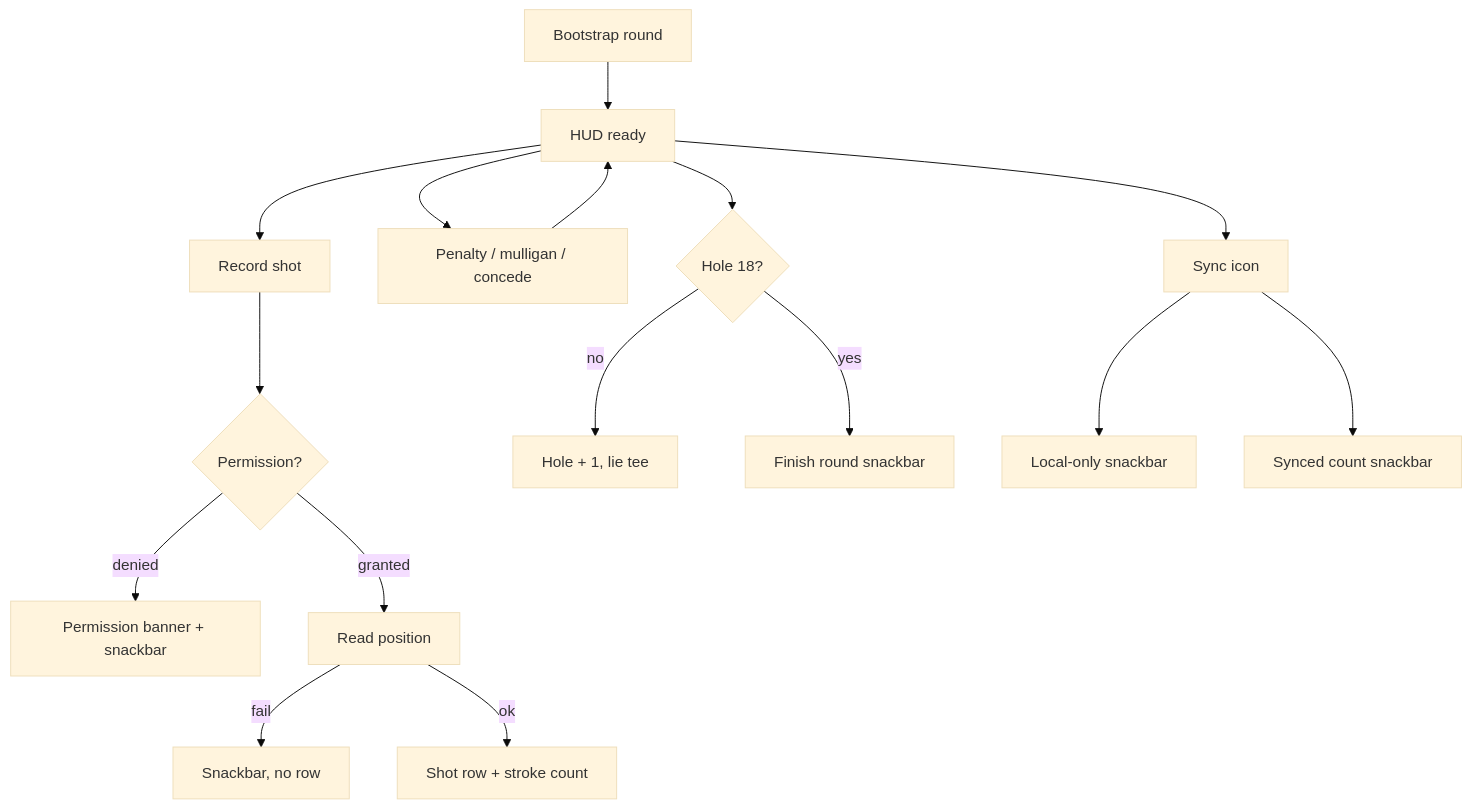
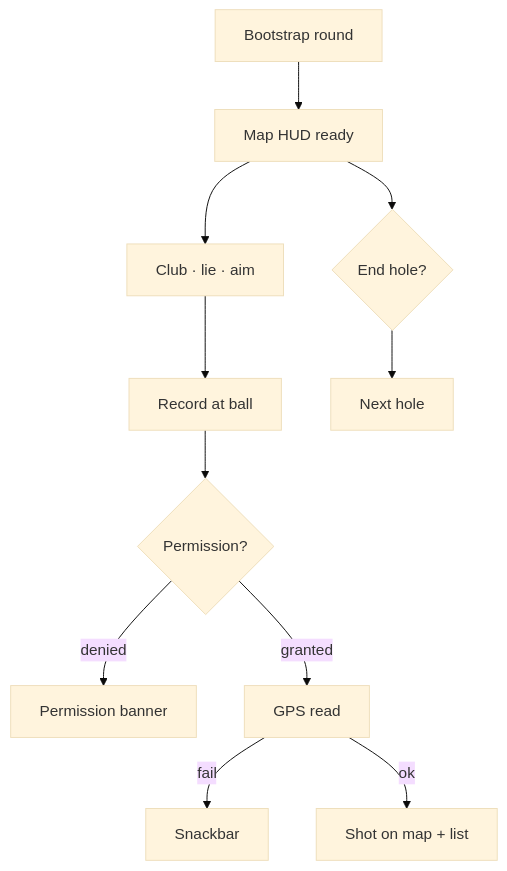
One commit to ograva/My-Golf-Diary changed the diagram in docs/context/designs/Wireframe_OnCourse.md. Above: the diagram before and after it, drawn with Mermaid (base theme). The commit also changed other lines of this file and 4 other files, not shown here.

````diff
--- a/docs/context/designs/Wireframe_OnCourse.md
+++ b/docs/context/designs/Wireframe_OnCourse.md
@@ -109,18 +142,13 @@
 ```mermaid
 flowchart TD
-  boot[Bootstrap round] --> hud[HUD ready]
-  hud --> rec[Record shot]
+  boot[Bootstrap round] --> map[Map HUD ready]
+  map --> plan[Club · lie · aim]
+  plan --> rec[Record at ball]
   rec --> perm{Permission?}
-  perm -->|denied| banner[Permission banner + snackbar]
-  perm -->|granted| gps[Read position]
-  gps -->|fail| snack[Snackbar, no row]
-  gps -->|ok| saved[Shot row + stroke count]
-  hud --> pen[Penalty / mulligan / concede]
-  pen --> hud
-  hud --> fin{Hole 18?}
-  fin -->|no| next[Hole + 1, lie tee]
-  fin -->|yes| done[Finish round snackbar]
-  hud --> sync[Sync icon]
-  sync --> local[Local-only snackbar]
-  sync --> cloud[Synced count snackbar]
+  perm -->|denied| banner[Permission banner]
+  perm -->|granted| gps[GPS read]
+  gps -->|fail| snack[Snackbar]
+  gps -->|ok| overlay[Shot on map + list]
+  map --> fin{End hole?}
+  fin --> next[Next hole]
 ```
````
